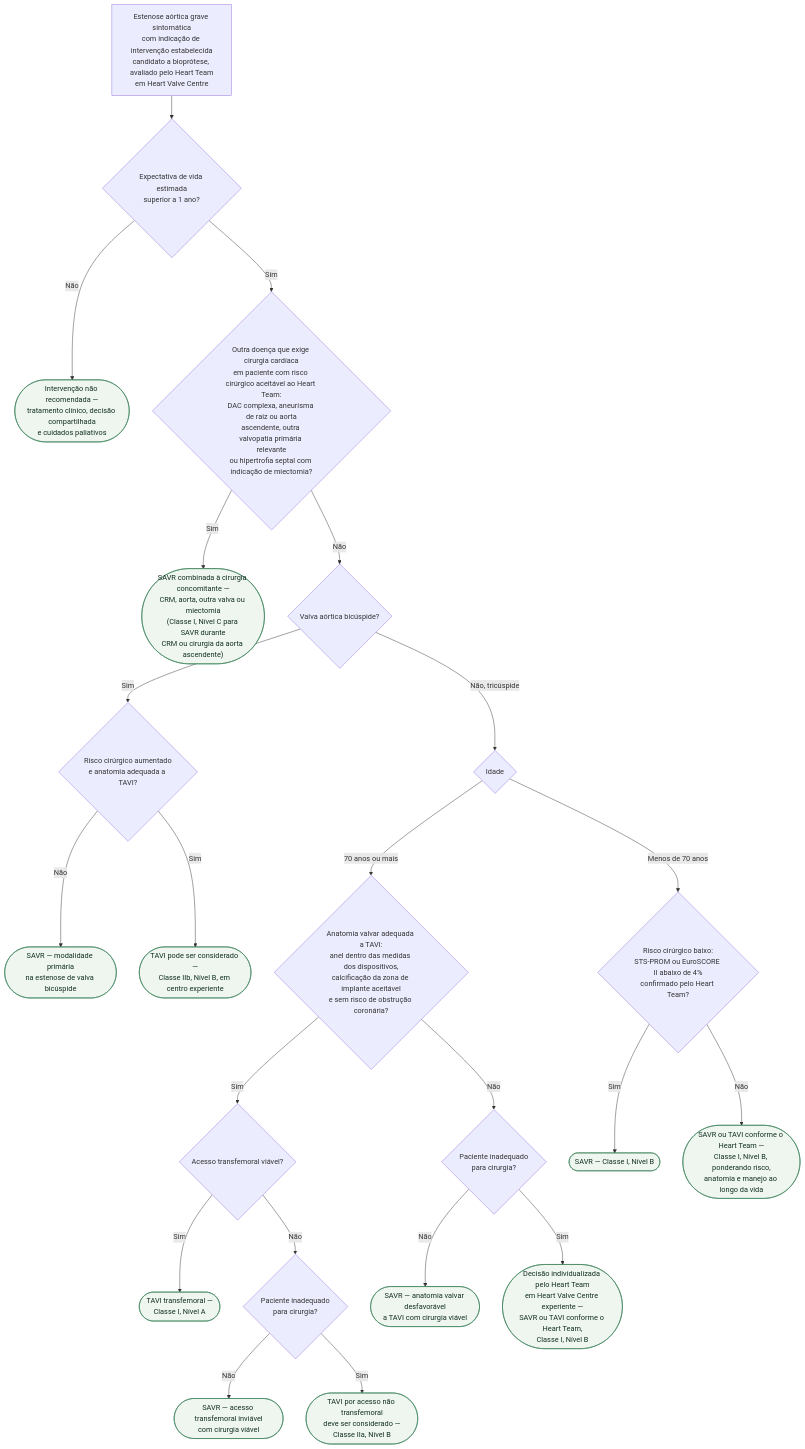
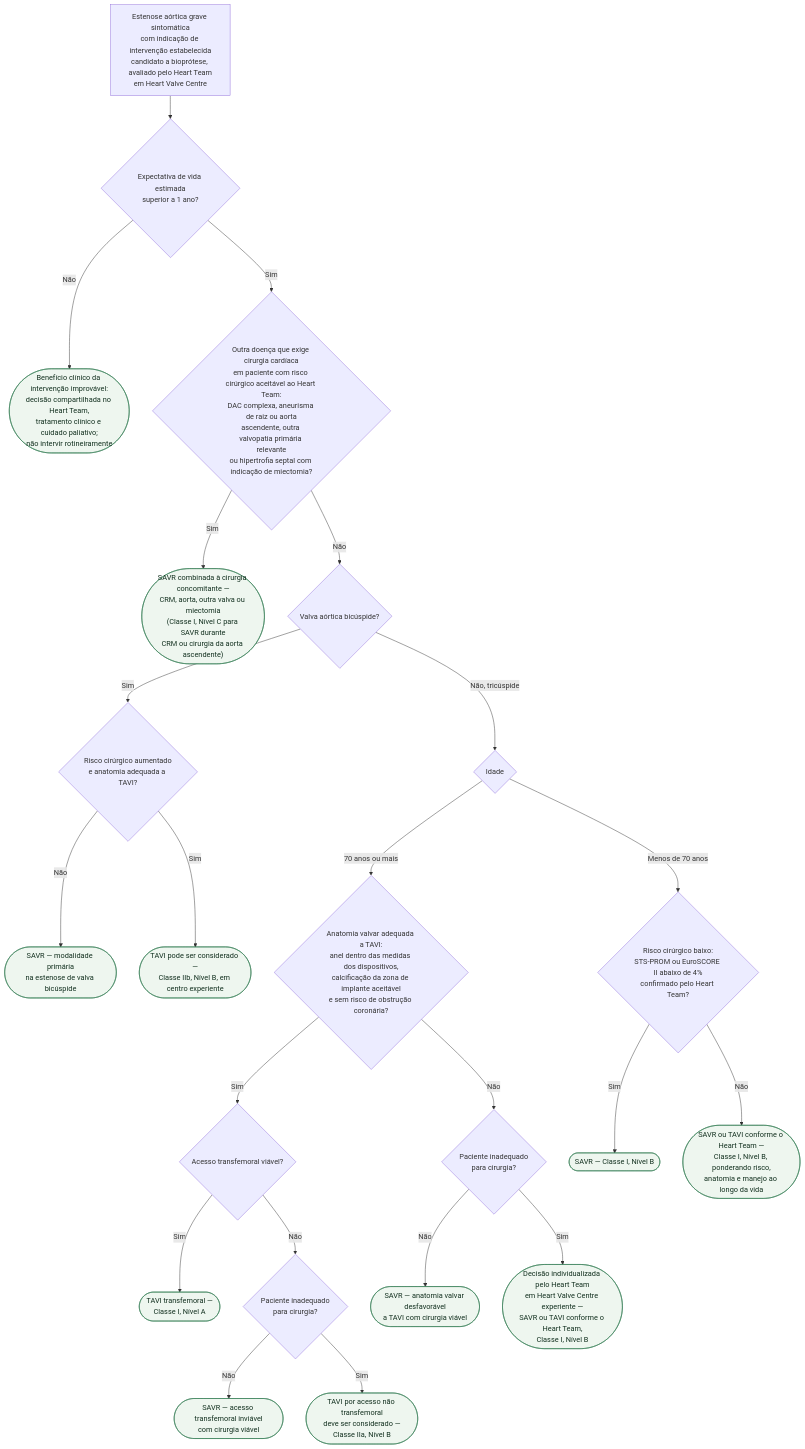
Before and after one commit to rafaelpaesmeirelles/MeuCardio: the diagram in content/Valvopatias/fluxograma-estenose-aortica-grave-sintomatica-tavi-vs-cirurgia-escolha-da-modalidade-esc-eacts-2025.md, drawn with Mermaid. The commit also changed other lines of this file and 24 other files, not shown here.

````diff
--- a/content/Valvopatias/fluxograma-estenose-aortica-grave-sintomatica-tavi-vs-cirurgia-escolha-da-modalidade-esc-eacts-2025.md
+++ b/content/Valvopatias/fluxograma-estenose-aortica-grave-sintomatica-tavi-vs-cirurgia-escolha-da-modalidade-esc-eacts-2025.md
@@ -20,50 +20,50 @@
 ```mermaid
 flowchart TD
   R0["Estenose aórtica grave sintomática<br/>com indicação de intervenção estabelecida<br/>candidato a bioprótese, avaliado pelo Heart Team<br/>em Heart Valve Centre"]
   D1{"Expectativa de vida estimada<br/>superior a 1 ano?"}
-  C1(["Intervenção não recomendada —<br/>tratamento clínico, decisão compartilhada<br/>e cuidados paliativos"])
+  C1(["Benefício clínico da intervenção improvável:<br/>decisão compartilhada no Heart Team,<br/>tratamento clínico e cuidado paliativo;<br/>não intervir rotineiramente"])
   D2{"Outra doença que exige cirurgia cardíaca<br/>em paciente com risco cirúrgico aceitável ao Heart Team:<br/>DAC complexa, aneurisma de raiz ou aorta<br/>ascendente, outra valvopatia primária relevante<br/>ou hipertrofia septal com indicação de miectomia?"}
   C2(["SAVR combinada à cirurgia concomitante —<br/>CRM, aorta, outra valva ou miectomia<br/>(Classe I, Nível C para SAVR durante<br/>CRM ou cirurgia da aorta ascendente)"])
   D3{"Valva aórtica bicúspide?"}
   D4{"Risco cirúrgico aumentado<br/>e anatomia adequada a TAVI?"}
   C3(["SAVR — modalidade primária<br/>na estenose de valva bicúspide"])
   C4(["TAVI pode ser considerado —<br/>Classe IIb, Nível B, em centro experiente"])
   D5{"Idade"}
   D6{"Anatomia valvar adequada a TAVI:<br/>anel dentro das medidas dos dispositivos,<br/>calcificação da zona de implante aceitável<br/>e sem risco de obstrução coronária?"}
   D6b{"Acesso transfemoral viável?"}
   C5(["TAVI transfemoral —<br/>Classe I, Nível A"])
   D7{"Paciente inadequado<br/>para cirurgia?"}
   C6(["SAVR — acesso transfemoral inviável<br/>com cirurgia viável"])
   C7(["TAVI por acesso não transfemoral<br/>deve ser considerado —<br/>Classe IIa, Nível B"])
   D7b{"Paciente inadequado<br/>para cirurgia?"}
   C10(["SAVR — anatomia valvar desfavorável<br/>a TAVI com cirurgia viável"])
   C11(["Decisão individualizada pelo Heart Team<br/>em Heart Valve Centre experiente —<br/>SAVR ou TAVI conforme o Heart Team,<br/>Classe I, Nível B"])
   D8{"Risco cirúrgico baixo:<br/>STS-PROM ou EuroSCORE II abaixo de 4%<br/>confirmado pelo Heart Team?"}
   C8(["SAVR — Classe I, Nível B"])
   C9(["SAVR ou TAVI conforme o Heart Team —<br/>Classe I, Nível B, ponderando risco,<br/>anatomia e manejo ao longo da vida"])
 
   R0 --> D1
   D1 -->|"Não"| C1
   D1 -->|"Sim"| D2
   D2 -->|"Sim"| C2
   D2 -->|"Não"| D3
   D3 -->|"Sim"| D4
   D4 -->|"Não"| C3
   D4 -->|"Sim"| C4
   D3 -->|"Não, tricúspide"| D5
   D5 -->|"70 anos ou mais"| D6
   D6 -->|"Sim"| D6b
   D6b -->|"Sim"| C5
   D6b -->|"Não"| D7
   D7 -->|"Não"| C6
   D7 -->|"Sim"| C7
   D6 -->|"Não"| D7b
   D7b -->|"Não"| C10
   D7b -->|"Sim"| C11
   D5 -->|"Menos de 70 anos"| D8
   D8 -->|"Sim"| C8
   D8 -->|"Não"| C9
 
   classDef conduta fill:#eef6ef,stroke:#2f7a4f,color:#12301f;
   class C1,C2,C3,C4,C5,C6,C7,C8,C9,C10,C11 conduta;
 ```
````
